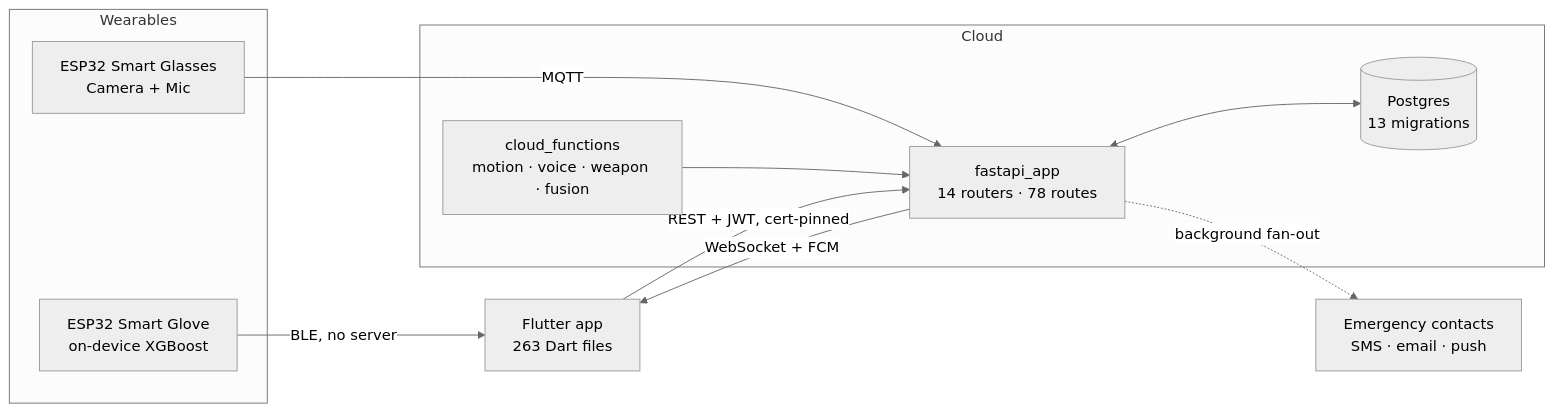
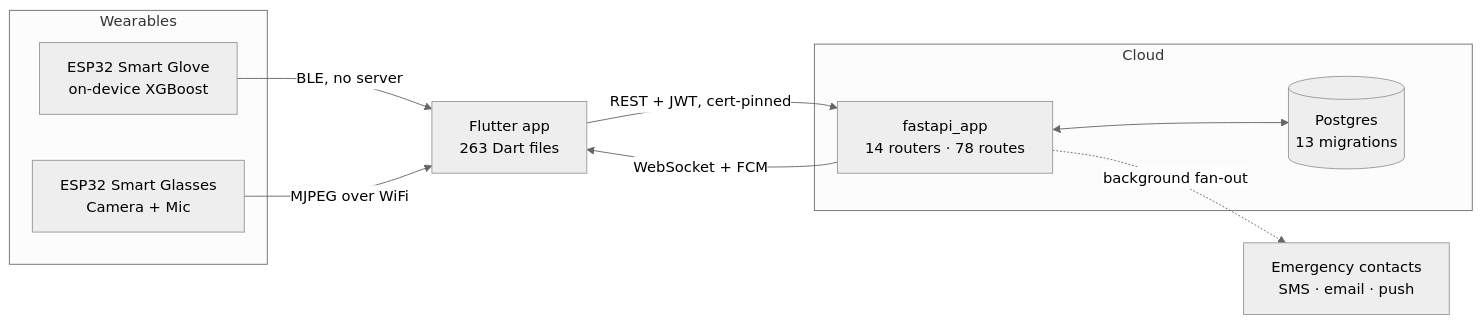
Before and after one commit to ShadowInCache/SafeHer: the diagram in README.md, drawn with Mermaid (neutral theme). The commit also changed other lines of this file and 31 other files, not shown here.

````diff
--- a/README.md
+++ b/README.md
@@ -97,24 +97,22 @@
 ```mermaid
 flowchart LR
     subgraph Wearables
         G["ESP32 Smart Glove<br/>on-device XGBoost"]
         S["ESP32 Smart Glasses<br/>Camera + Mic"]
     end
 
     subgraph Cloud
         API["fastapi_app<br/>14 routers · 78 routes"]
         DB[("Postgres<br/>13 migrations")]
-        CF["cloud_functions<br/>motion · voice · weapon · fusion"]
     end
 
     P["Emergency contacts<br/>SMS · email · push"]
     M["Flutter app<br/>263 Dart files"]
 
     G -- "BLE, no server" --> M
-    S -- MQTT --> API
+    S -- "MJPEG over WiFi" --> M
     API <--> DB
-    CF --> API
     API -- "WebSocket + FCM" --> M
     M -- "REST + JWT, cert-pinned" --> API
     API -. "background fan-out" .-> P
 ```
````
